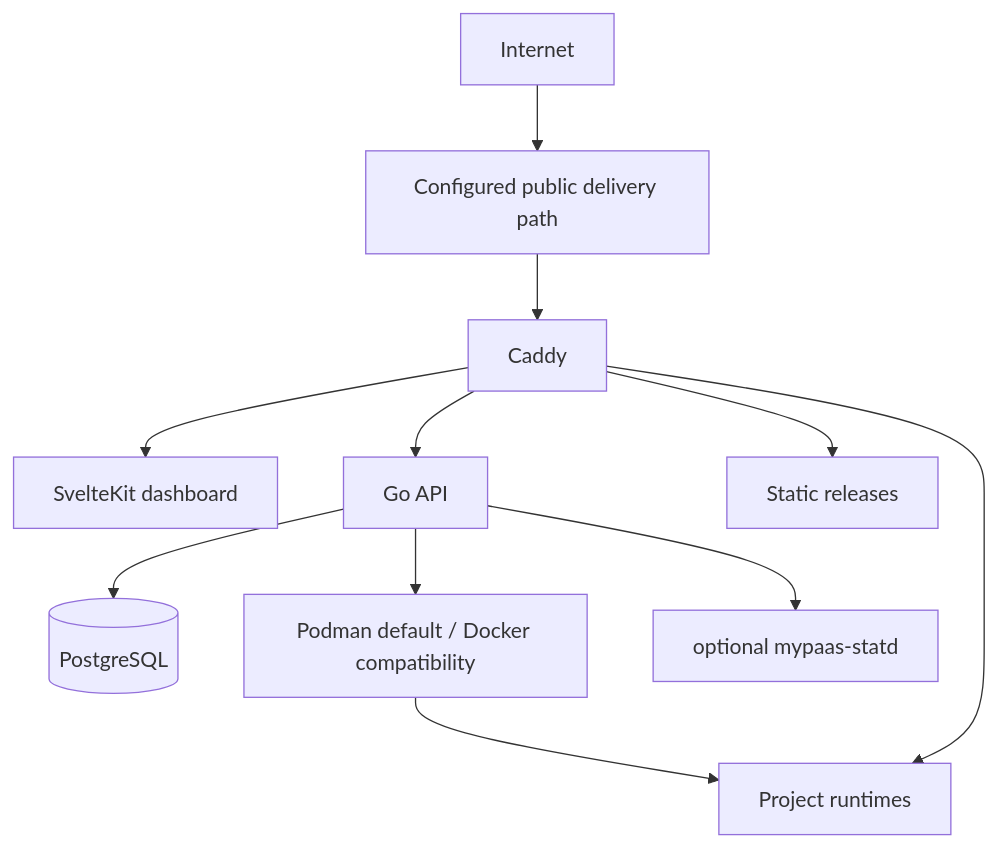
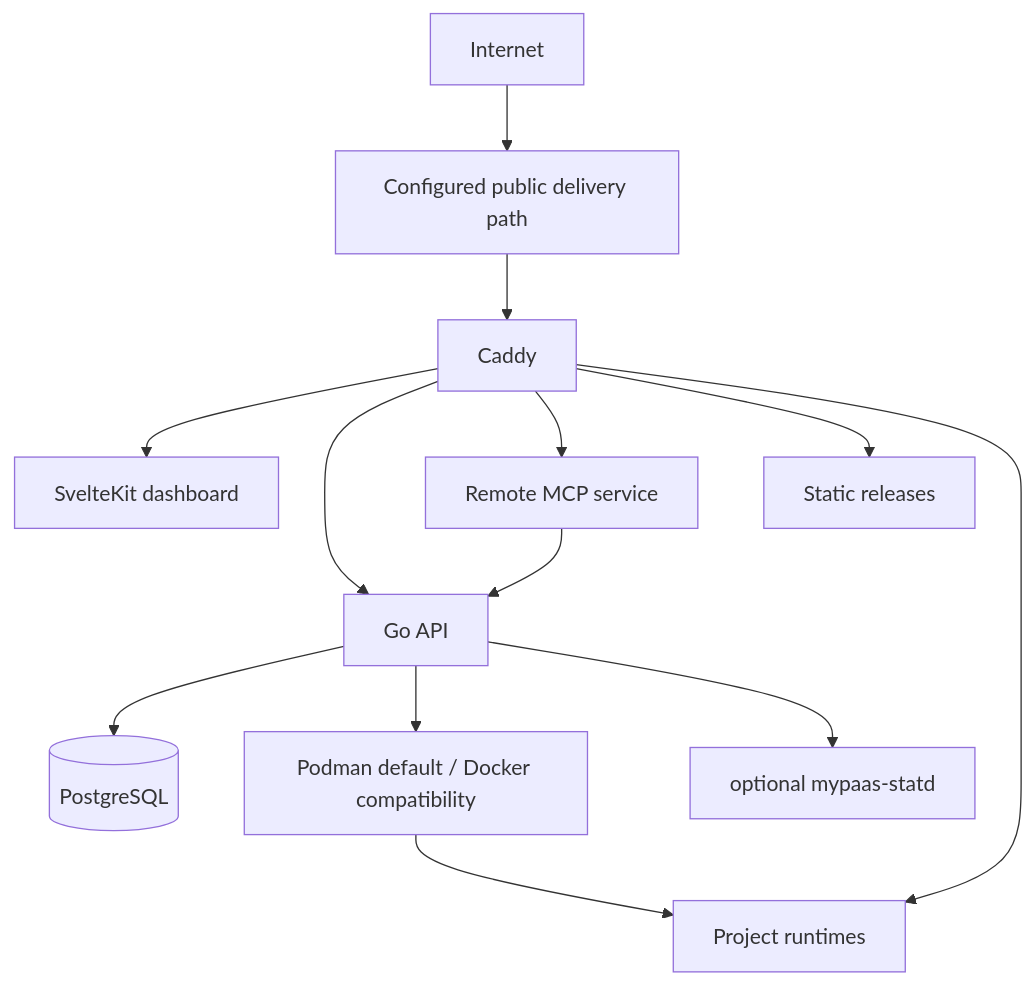
Before and after one commit to nabilrn/MyPaas: the diagram in README.md, drawn with Mermaid. The commit also changed other lines of this file and 30 other files, not shown here.

Commit message:
feat: add remote MCP endpoint with scoped API tokens

````diff
--- a/README.md
+++ b/README.md
@@ -95,12 +103,14 @@
 ```mermaid
 flowchart TB
     Internet["Internet"] --> Delivery["Configured public delivery path"] --> Caddy["Caddy"]
     Caddy --> Dashboard["SvelteKit dashboard"]
     Caddy --> API["Go API"]
+    Caddy --> MCP["Remote MCP service"]
+    MCP --> API
     Caddy --> Static["Static releases"]
     Caddy --> Runtime["Project runtimes"]
     API --> Postgres[("PostgreSQL")]
     API --> Engine["Podman default / Docker compatibility"]
     API --> Statd["optional mypaas-statd"]
     Engine --> Runtime
 ```
````
